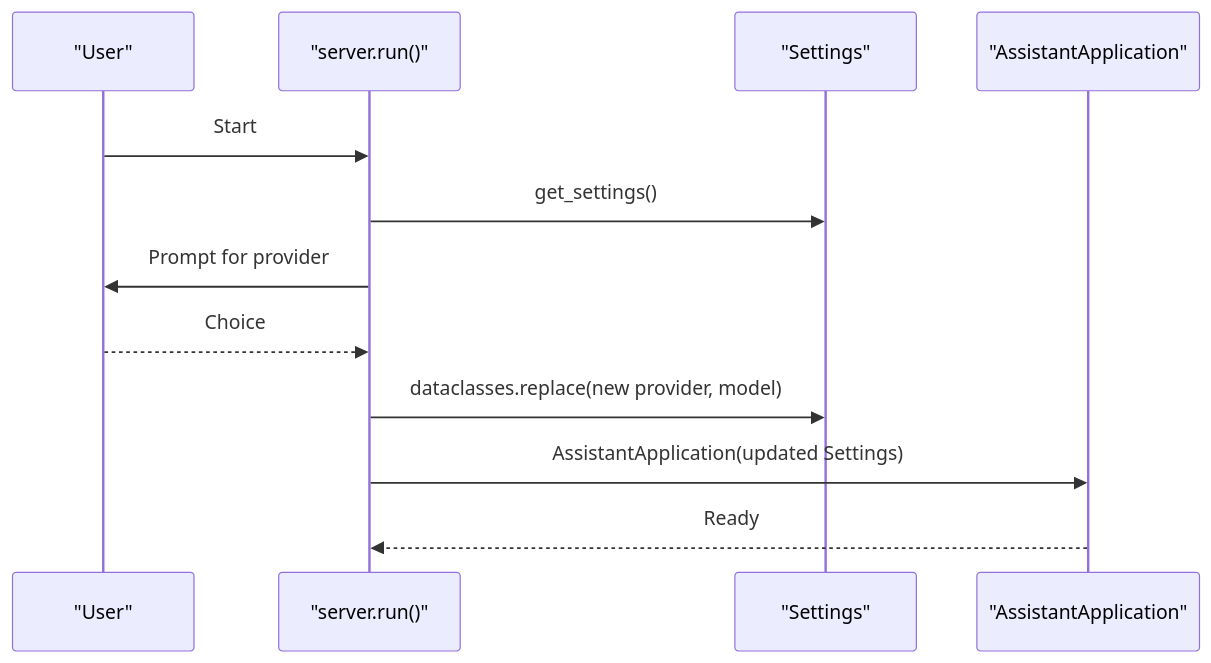
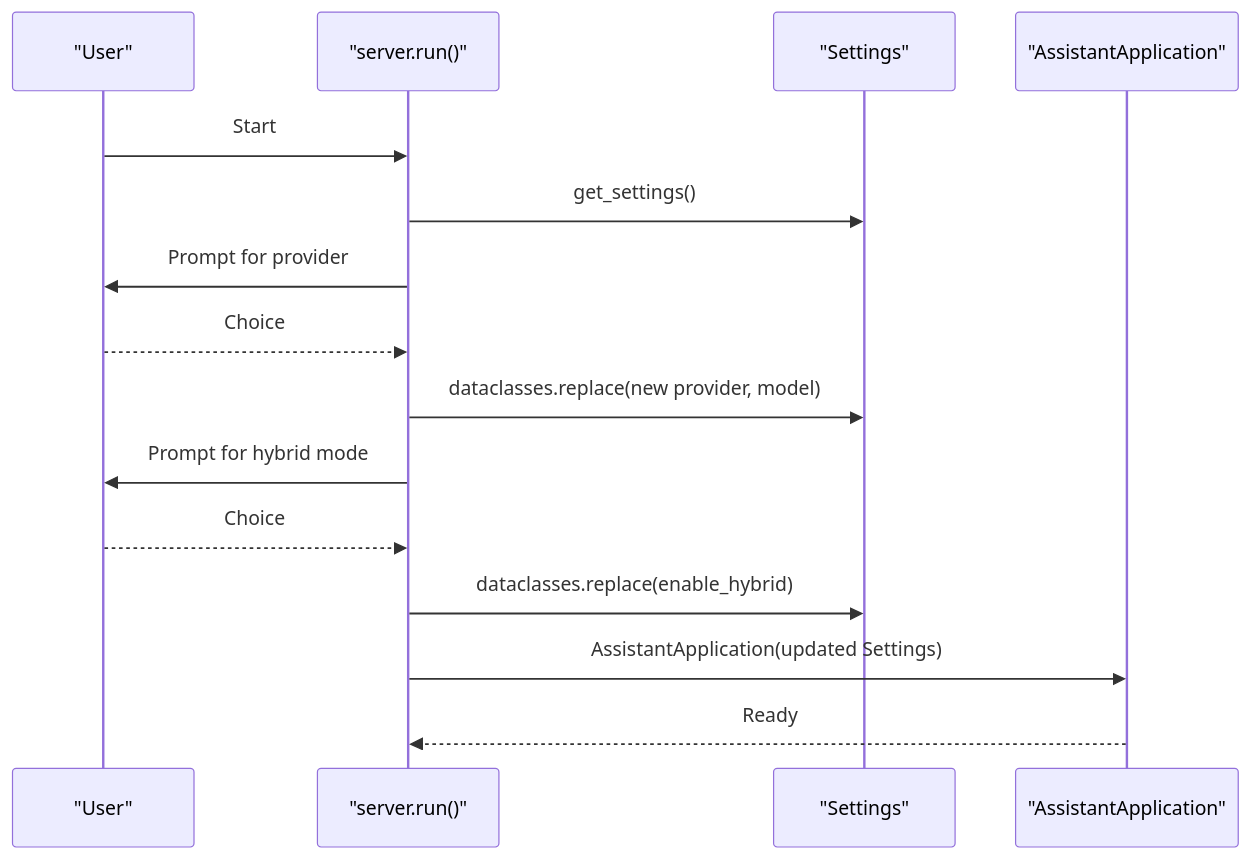
The sixth of 8 diagrams in .qoder/repowiki/en/content/Backend Components/Configuration and Settings Management.md (Sovetsky-Soyuz/AI-Assistant), drawn with Mermaid before and after one commit. The commit also changed other lines of this file and 15 other files, not shown here.

````diff
--- a/.qoder/repowiki/en/content/Backend Components/Configuration and Settings Management.md
+++ b/.qoder/repowiki/en/content/Backend Components/Configuration and Settings Management.md
@@ -300,14 +393,17 @@
 ```mermaid
 sequenceDiagram
 participant User as "User"
 participant Server as "server.run()"
 participant Settings as "Settings"
 participant App as "AssistantApplication"
 User->>Server : Start
 Server->>Settings : get_settings()
 Server->>User : Prompt for provider
 User-->>Server : Choice
 Server->>Settings : dataclasses.replace(new provider, model)
+Server->>User : Prompt for hybrid mode
+User-->>Server : Choice
+Server->>Settings : dataclasses.replace(enable_hybrid)
 Server->>App : AssistantApplication(updated Settings)
 App-->>Server : Ready
 ```
````
